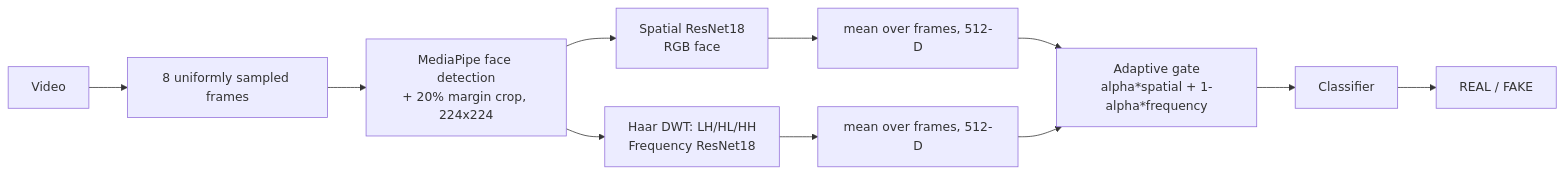
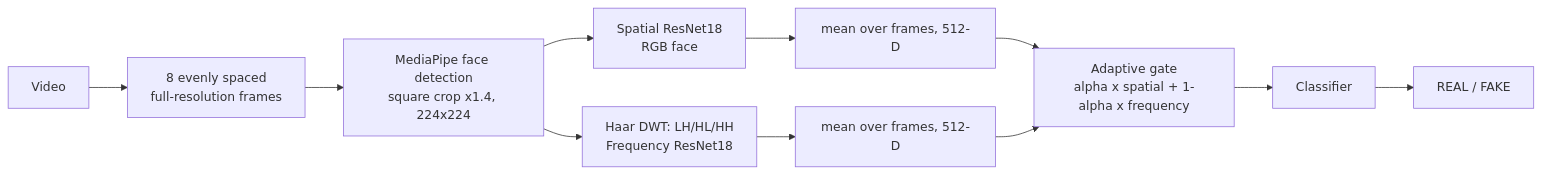
Before and after one commit to kirtisrivastava22/Multimedia-authentication: the diagram in README.md, drawn with Mermaid. The commit also changed other lines of this file and 54 other files, not shown here.

````diff
--- a/README.md
+++ b/README.md
@@ -12,13 +12,13 @@
 ```mermaid
 flowchart LR
-    V[Video] --> F[8 uniformly sampled frames]
-    F --> D[MediaPipe face detection<br/>+ 20% margin crop, 224x224]
+    V[Video] --> F[8 evenly spaced<br/>full-resolution frames]
+    F --> D[MediaPipe face detection<br/>square crop x1.4, 224x224]
     D --> S[Spatial ResNet18<br/>RGB face]
     D --> W[Haar DWT: LH/HL/HH<br/>Frequency ResNet18]
     S --> M1[mean over frames, 512-D]
     W --> M2[mean over frames, 512-D]
-    M1 --> G[Adaptive gate<br/>alpha*spatial + 1-alpha*frequency]
+    M1 --> G[Adaptive gate<br/>alpha x spatial + 1-alpha x frequency]
     M2 --> G
     G --> C[Classifier]
     C --> R[REAL / FAKE]
 ```
````
